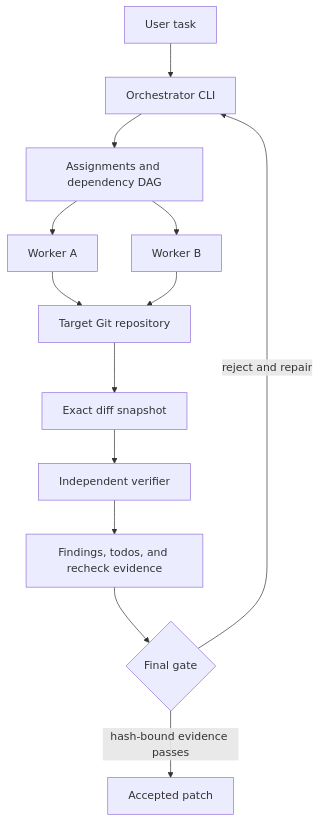
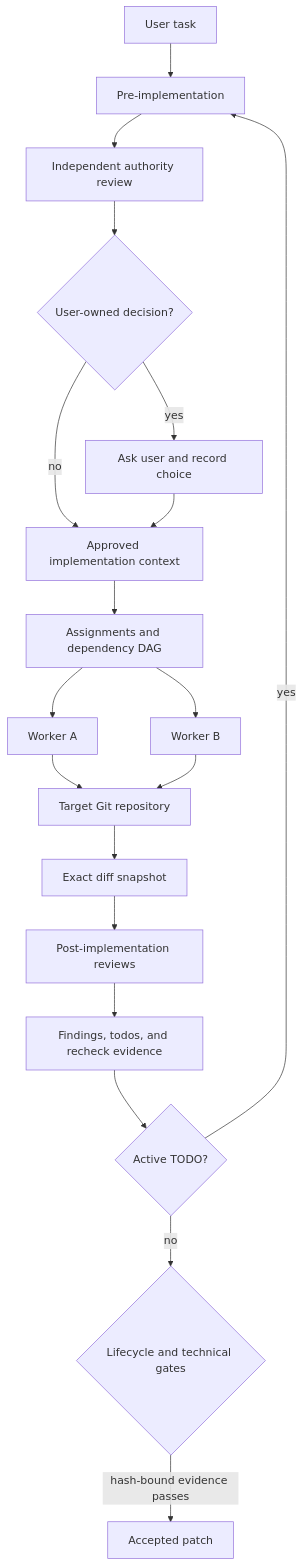
The diagram in README.md (areshand/multiagent), drawn with Mermaid before and after one commit. The commit also changed other lines of this file and 13 other files, not shown here.

First line of the commit message:
Enforce explicit decision ownership before implementation (#6)

````diff
--- a/README.md
+++ b/README.md
@@ -41,15 +41,21 @@
 ```mermaid
 flowchart TD
-    User["User task"] --> Orchestrator["Orchestrator CLI"]
-    Orchestrator --> DAG["Assignments and dependency DAG"]
+    User["User task"] --> Pre["Pre-implementation"]
+    Pre --> Authority["Independent authority review"]
+    Authority --> Choice{"User-owned decision?"}
+    Choice -- "yes" --> UserDecision["Ask user and record choice"]
+    Choice -- "no" --> Context["Approved implementation context"]
+    UserDecision --> Context
+    Context --> DAG["Assignments and dependency DAG"]
     DAG --> WorkerA["Worker A"]
     DAG --> WorkerB["Worker B"]
     WorkerA --> Repo["Target Git repository"]
     WorkerB --> Repo
     Repo --> Snapshot["Exact diff snapshot"]
-    Snapshot --> Verifier["Independent verifier"]
-    Verifier --> Findings["Findings, todos, and recheck evidence"]
-    Findings --> Gate{"Final gate"}
-    Gate -- "reject and repair" --> Orchestrator
+    Snapshot --> Reviews["Post-implementation reviews"]
+    Reviews --> Findings["Findings, todos, and recheck evidence"]
+    Findings --> Todo{"Active TODO?"}
+    Todo -- "yes" --> Pre
+    Todo -- "no" --> Gate{"Lifecycle and technical gates"}
     Gate -- "hash-bound evidence passes" --> Result["Accepted patch"]
 ```
````
